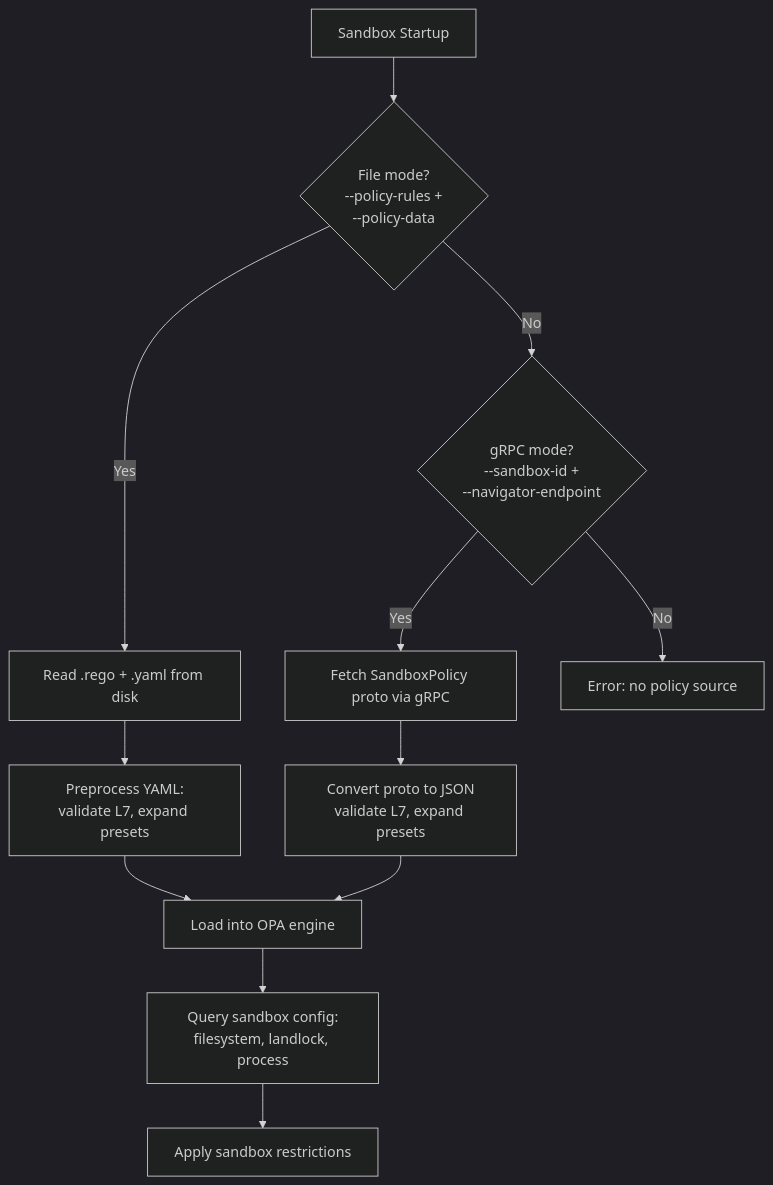
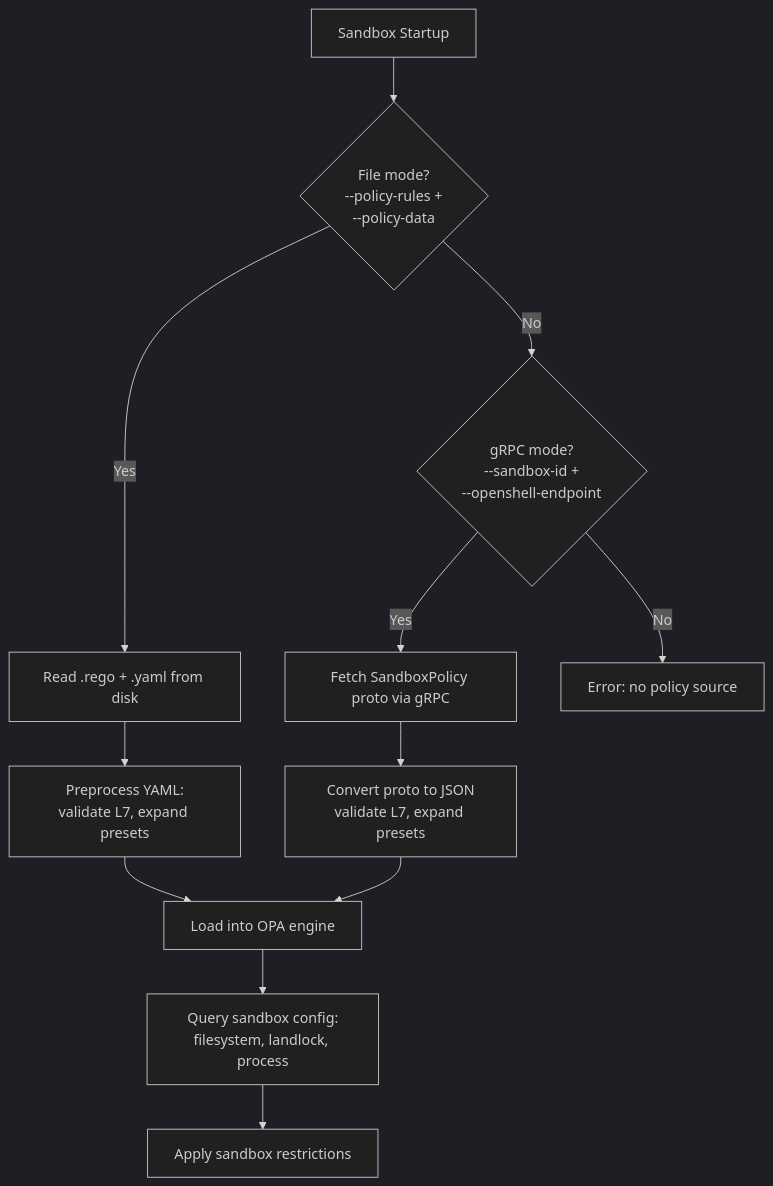
Before and after one commit to NVIDIA/OpenShell: the first of 6 diagrams in architecture/security-policy.md, drawn with Mermaid (dark theme). The commit also changed other lines of this file and 283 other files, not shown here.

First line of the commit message:
refactor: rename navigator- crate prefix to openshell-

````diff
--- a/architecture/security-policy.md
+++ b/architecture/security-policy.md
@@ -52,17 +52,17 @@
 ```mermaid
 flowchart TD
     START[Sandbox Startup] --> CHECK{File mode?<br/>--policy-rules +<br/>--policy-data}
     CHECK -->|Yes| FILE[Read .rego + .yaml from disk]
-    CHECK -->|No| OPENSHELL{gRPC mode?<br/>--sandbox-id +<br/>--navigator-endpoint}
+    CHECK -->|No| OPENSHELL{gRPC mode?<br/>--sandbox-id +<br/>--openshell-endpoint}
     OPENSHELL -->|Yes| FETCH[Fetch SandboxPolicy proto via gRPC]
     OPENSHELL -->|No| ERR[Error: no policy source]
 
     FILE --> PREPROCESS[Preprocess YAML:<br/>validate L7, expand presets]
     FETCH --> PROTO2JSON[Convert proto to JSON<br/>validate L7, expand presets]
 
     PREPROCESS --> OPA[Load into OPA engine]
     PROTO2JSON --> OPA
 
     OPA --> QUERY[Query sandbox config:<br/>filesystem, landlock, process]
     QUERY --> APPLY[Apply sandbox restrictions]
 ```
````
